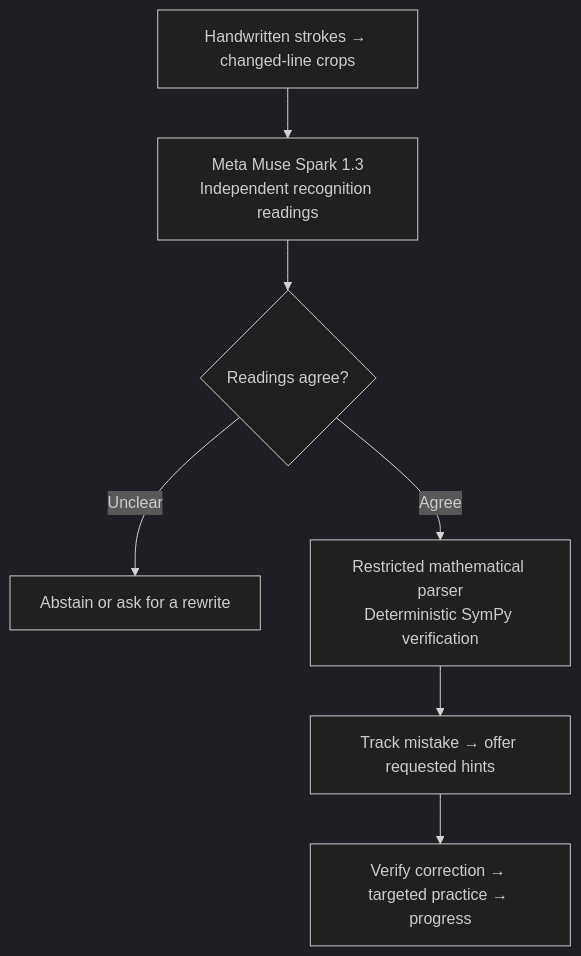
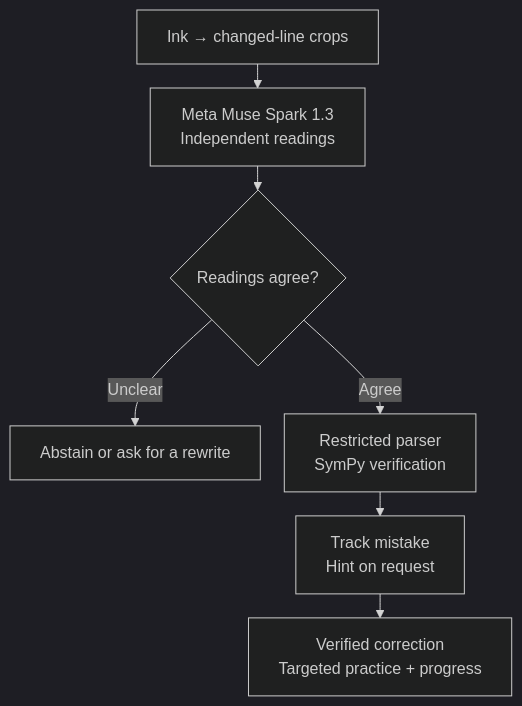
Before and after one commit to Brendan-Lim/Quack: the diagram in README.md, drawn with Mermaid (dark theme). The commit also changed other lines of this file, not shown here.

Commit message:
Refine architecture diagram spacing after GitHub visual review

````diff
--- a/README.md
+++ b/README.md
@@ -110,10 +110,10 @@
 ```mermaid
+%%{init: {"flowchart": {"wrappingWidth": 300, "rankSpacing": 24, "nodeSpacing": 24}}}%%
 flowchart TD
-    A[Handwritten strokes → changed-line crops]
-    A --> B[Meta Muse Spark 1.3<br/>Independent recognition readings]
-    B --> C{Readings agree?}
-    C -->|Unclear| D[Abstain or ask for a rewrite]
-    C -->|Agree| E[Restricted mathematical parser<br/>Deterministic SymPy verification]
-    E --> F[Track mistake → offer requested hints]
-    F --> G[Verify correction → targeted practice → progress]
+    A["Ink → changed-line crops"] --> B["Meta Muse Spark 1.3<br/>Independent readings"]
+    B --> C{"Readings agree?"}
+    C -->|Unclear| D["Abstain or ask for a rewrite"]
+    C -->|Agree| E["Restricted parser<br/>SymPy verification"]
+    E --> F["Track mistake<br/>Hint on request"]
+    F --> G["Verified correction<br/>Targeted practice + progress"]
 ```
````
